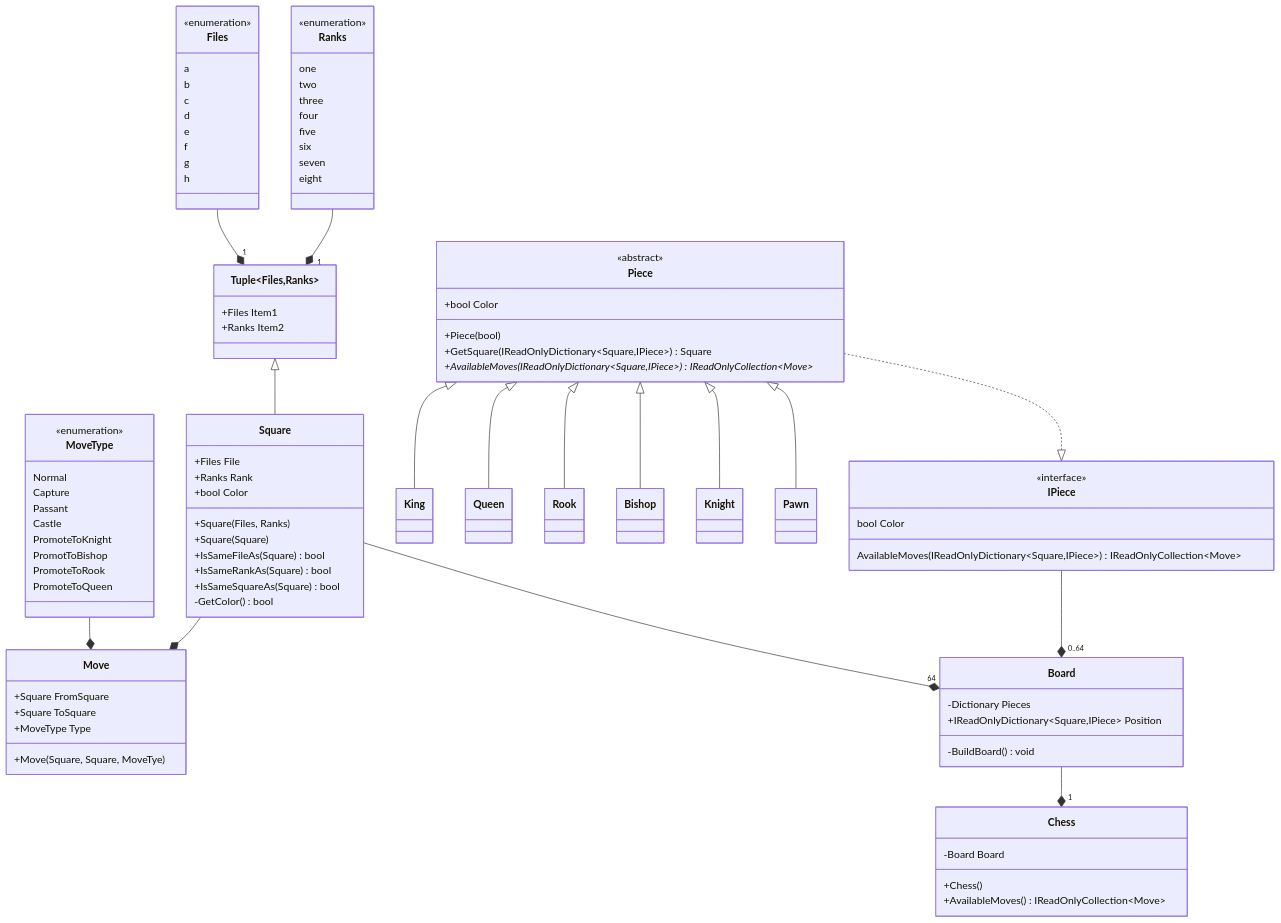
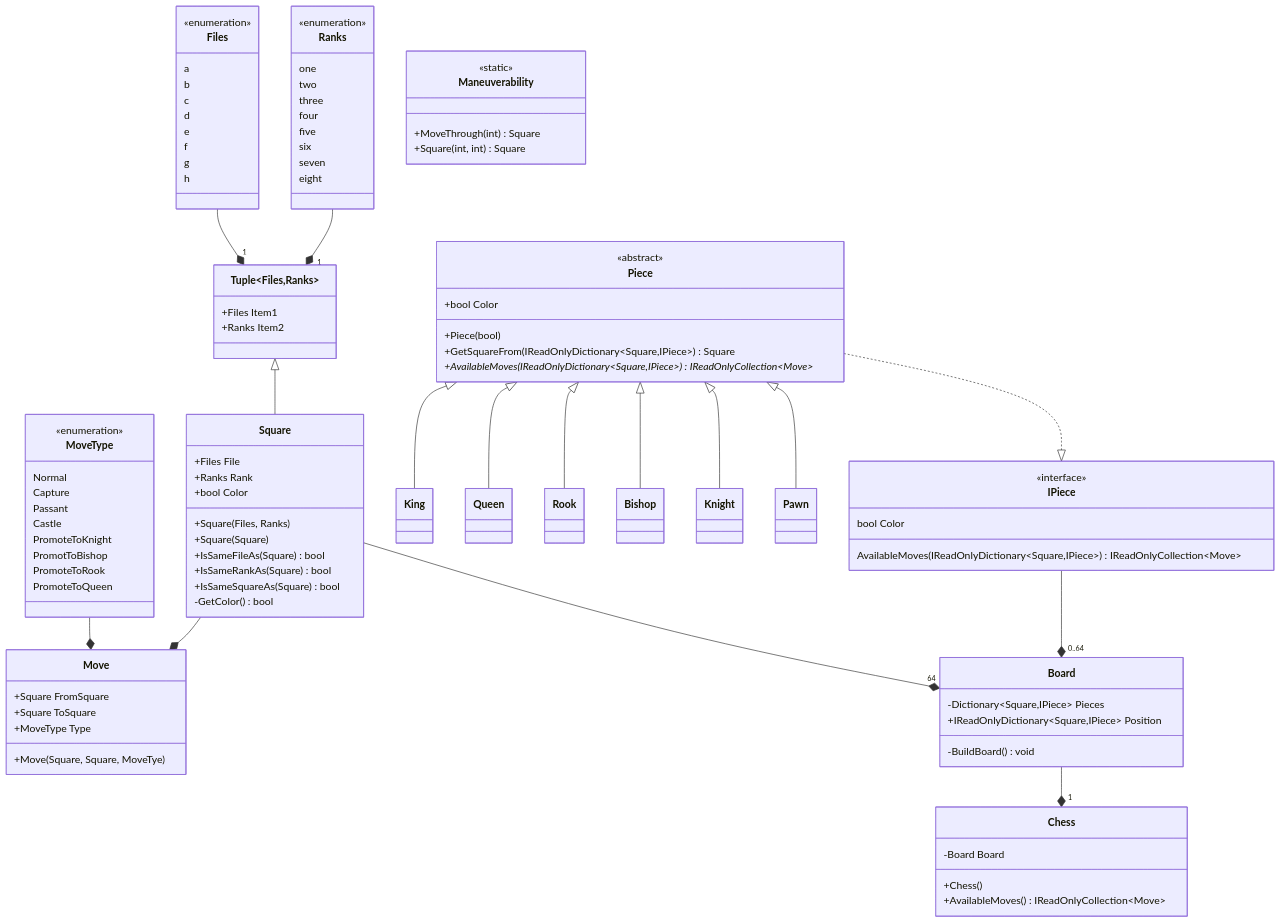
The diagram in UML Diagram/Core/Core.md (JeanLColombo/Mate), drawn with Mermaid before and after one commit. The commit also changed 1 other file, not shown here.

Commit message:
Started implemented extensions.

```diff
--- a/UML Diagram/Core/Core.md
+++ b/UML Diagram/Core/Core.md
@@ -49,7 +49,7 @@
         -GetColor() bool
     }
     class Board{
-        -Dictionary<Square,IPiece> Pieces
+        -Dictionary~Square,IPiece~ Pieces
         +IReadOnlyDictionary~Square,IPiece~ Position 
         -BuildBoard() void 
     }
@@ -68,7 +68,7 @@
         <<abstract>>
         +bool Color
         +Piece(bool)
-        +GetSquare(IReadOnlyDictionary~Square,IPiece~) Square
+        +GetSquareFrom(IReadOnlyDictionary~Square,IPiece~) Square
         +AvailableMoves(IReadOnlyDictionary~Square,IPiece~)* IReadOnlyCollection~Move~  
     }
     class Pawn{
@@ -88,6 +88,11 @@
         +Chess()
         +AvailableMoves() IReadOnlyCollection~Move~
     }
+    class Maneuverability{
+        <<static>>
+        +MoveThrough(int) Square
+        +Square(int, int) Square
+    }
     Ranks --* "1"  Tuple~Files,Ranks~
     Files --* "1"  Tuple~Files,Ranks~
     Tuple~Files,Ranks~ <|-- Square
```
